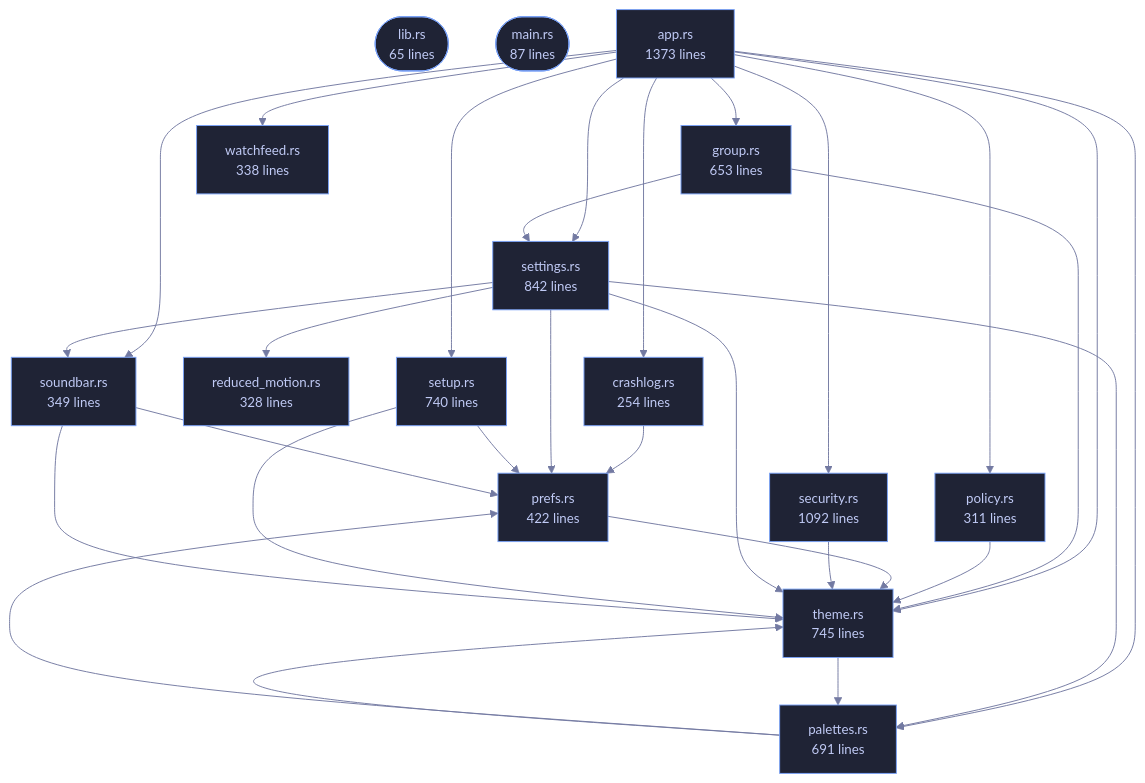
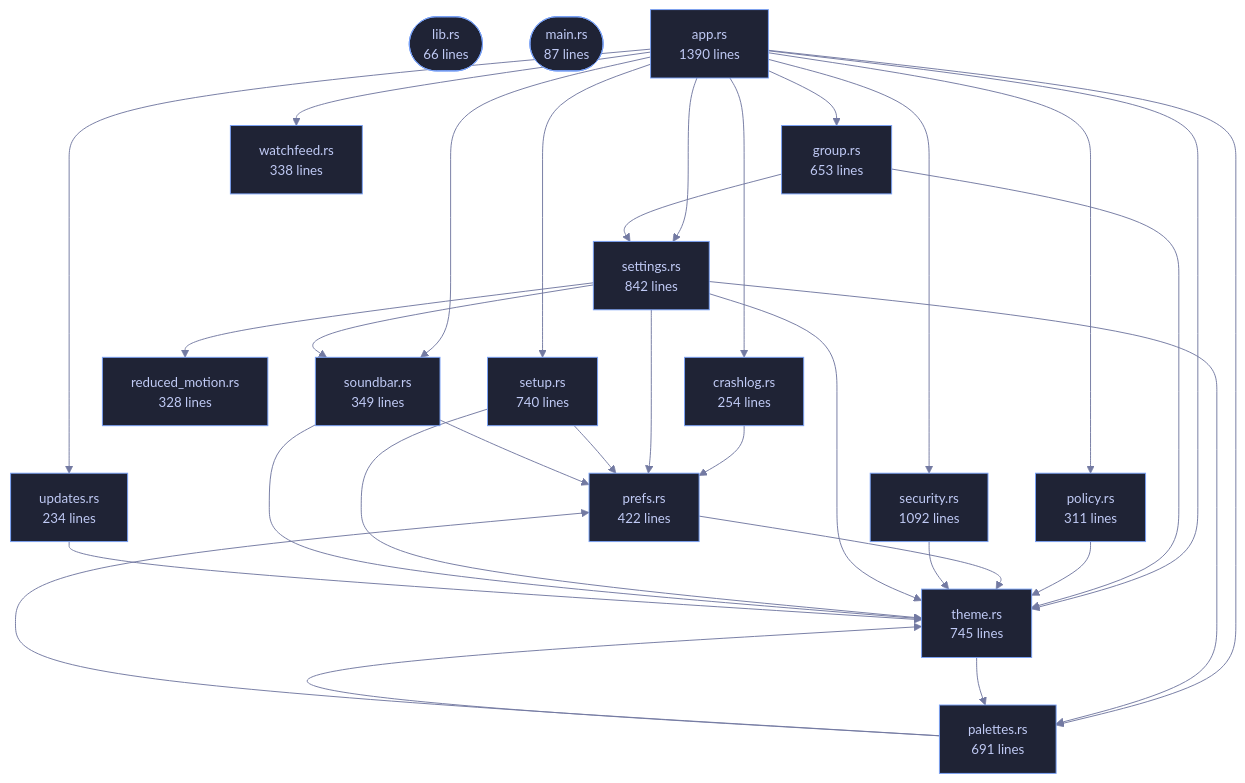
One commit to tilas01/veilvoice changed the diagram in crates/veilvoice-gui/README.md. Above: the diagram before and after it, drawn with Mermaid. The commit also changed other lines of this file and 34 other files, not shown here.

````diff
--- a/crates/veilvoice-gui/README.md
+++ b/crates/veilvoice-gui/README.md
@@ -81,62 +81,66 @@
 ```mermaid
 %%{init: {"theme":"base","themeVariables":{"background":"#1a1b26","primaryColor":"#1f2335","primaryTextColor":"#c0caf5","primaryBorderColor":"#7aa2f7","secondaryColor":"#16161e","tertiaryColor":"#16161e","lineColor":"#737aa2","textColor":"#c0caf5","mainBkg":"#1f2335","nodeBorder":"#7aa2f7","clusterBkg":"#16161e","clusterBorder":"#2f3549","fontFamily":"ui-monospace, SFMono-Regular, Consolas, monospace","fontSize":"14px"}}}%%
 flowchart TD
-    n_lib(["lib.rs<br/>65 lines"])
+    n_lib(["lib.rs<br/>66 lines"])
     n_main(["main.rs<br/>87 lines"])
-    n_app["app.rs<br/>1373 lines"]
+    n_app["app.rs<br/>1390 lines"]
     n_crashlog["crashlog.rs<br/>254 lines"]
     n_group["group.rs<br/>653 lines"]
     n_palettes["palettes.rs<br/>691 lines"]
     n_policy["policy.rs<br/>311 lines"]
     n_prefs["prefs.rs<br/>422 lines"]
     n_reduced_motion["reduced_motion.rs<br/>328 lines"]
     n_security["security.rs<br/>1092 lines"]
     n_settings["settings.rs<br/>842 lines"]
     n_setup["setup.rs<br/>740 lines"]
     n_soundbar["soundbar.rs<br/>349 lines"]
     n_theme["theme.rs<br/>745 lines"]
+    n_updates["updates.rs<br/>234 lines"]
     n_watchfeed["watchfeed.rs<br/>338 lines"]
     n_app --> n_crashlog
     n_app --> n_group
     n_app --> n_palettes
     n_app --> n_policy
     n_app --> n_security
     n_app --> n_settings
     n_app --> n_setup
     n_app --> n_soundbar
     n_app --> n_theme
+    n_app --> n_updates
     n_app --> n_watchfeed
     n_crashlog --> n_prefs
     n_group --> n_settings
     n_group --> n_theme
     n_palettes --> n_prefs
     n_palettes --> n_theme
     n_policy --> n_theme
     n_prefs --> n_theme
     n_security --> n_theme
     n_settings --> n_palettes
     n_settings --> n_prefs
     n_settings --> n_reduced_motion
     n_settings --> n_soundbar
     n_settings --> n_theme
     n_setup --> n_prefs
     n_setup --> n_theme
     n_soundbar --> n_prefs
     n_soundbar --> n_theme
     n_theme --> n_palettes
+    n_updates --> n_theme
     click n_lib href "https://github.com/tilas01/veilvoice/blob/main/crates/veilvoice-gui/src/lib.rs" "open the source"
     click n_main href "https://github.com/tilas01/veilvoice/blob/main/crates/veilvoice-gui/src/main.rs" "open the source"
     click n_app href "https://github.com/tilas01/veilvoice/blob/main/crates/veilvoice-gui/src/app.rs" "open the source"
     click n_crashlog href "https://github.com/tilas01/veilvoice/blob/main/crates/veilvoice-gui/src/crashlog.rs" "open the source"
     click n_group href "https://github.com/tilas01/veilvoice/blob/main/crates/veilvoice-gui/src/group.rs" "open the source"
     click n_palettes href "https://github.com/tilas01/veilvoice/blob/main/crates/veilvoice-gui/src/palettes.rs" "open the source"
     click n_policy href "https://github.com/tilas01/veilvoice/blob/main/crates/veilvoice-gui/src/policy.rs" "open the source"
     click n_prefs href "https://github.com/tilas01/veilvoice/blob/main/crates/veilvoice-gui/src/prefs.rs" "open the source"
     click n_reduced_motion href "https://github.com/tilas01/veilvoice/blob/main/crates/veilvoice-gui/src/reduced_motion.rs" "open the source"
     click n_security href "https://github.com/tilas01/veilvoice/blob/main/crates/veilvoice-gui/src/security.rs" "open the source"
     click n_settings href "https://github.com/tilas01/veilvoice/blob/main/crates/veilvoice-gui/src/settings.rs" "open the source"
     click n_setup href "https://github.com/tilas01/veilvoice/blob/main/crates/veilvoice-gui/src/setup.rs" "open the source"
     click n_soundbar href "https://github.com/tilas01/veilvoice/blob/main/crates/veilvoice-gui/src/soundbar.rs" "open the source"
     click n_theme href "https://github.com/tilas01/veilvoice/blob/main/crates/veilvoice-gui/src/theme.rs" "open the source"
+    click n_updates href "https://github.com/tilas01/veilvoice/blob/main/crates/veilvoice-gui/src/updates.rs" "open the source"
     click n_watchfeed href "https://github.com/tilas01/veilvoice/blob/main/crates/veilvoice-gui/src/watchfeed.rs" "open the source"
 ```
````
